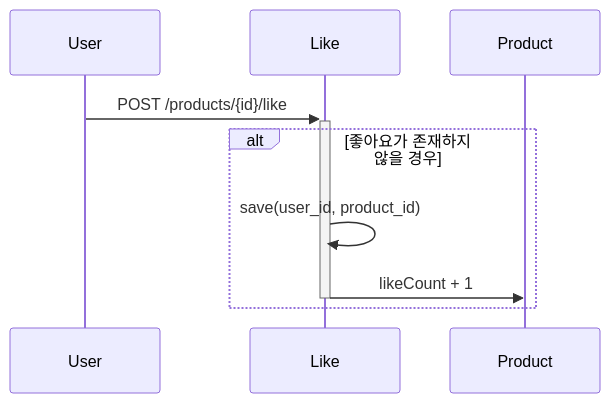
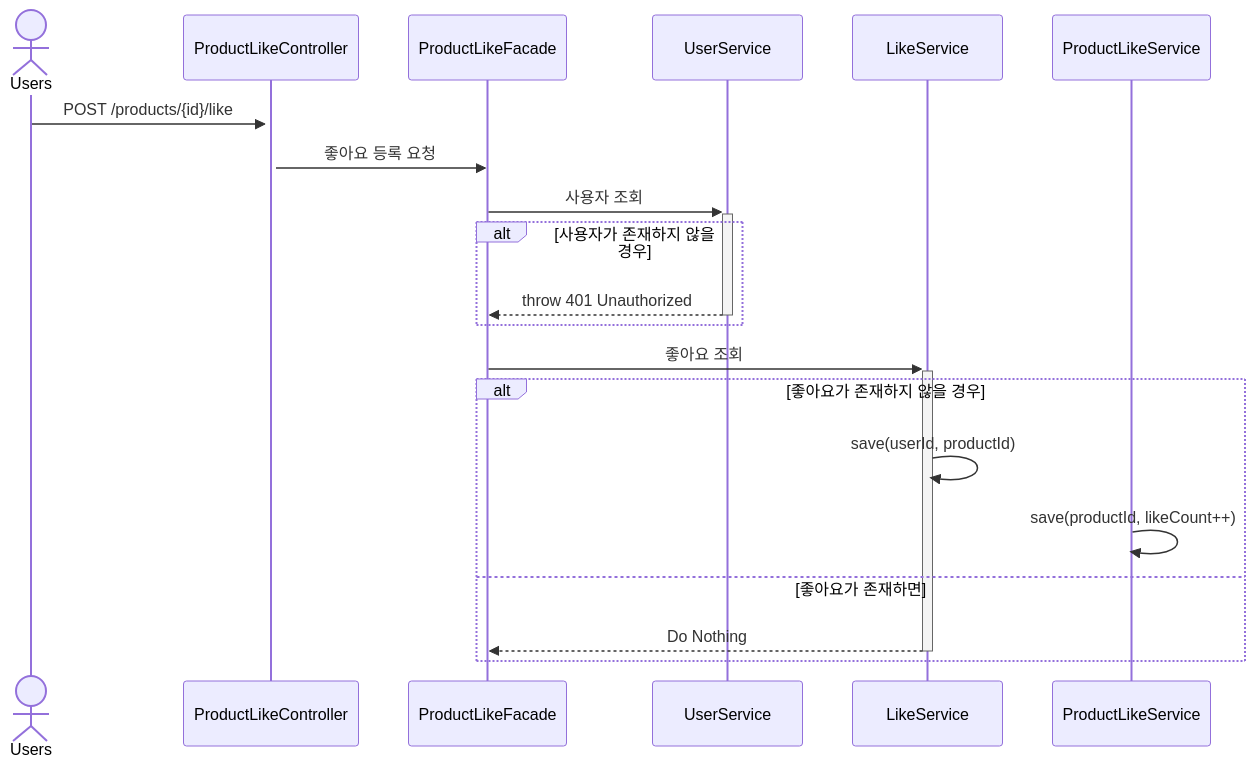
One commit to o3ozzvb/kotlin-ecommerce changed the first of 3 diagrams in docs/design/02-sequence-diagrams.md. Above: the diagram before and after it, drawn with Mermaid. The commit also changed other lines of this file, not shown here.

Commit message:
docs: 좋아요 등록/취소 시퀀스 다이어그램 보완

````diff
--- a/docs/design/02-sequence-diagrams.md
+++ b/docs/design/02-sequence-diagrams.md
@@ -3,13 +3,24 @@
 ```mermaid
 sequenceDiagram
-	participant User
-	participant Like
-	participant Product
+    actor Users
+    participant PLC as ProductLikeController
+    participant PLF as ProductLikeFacade
+    participant US as UserService
+    participant LS as LikeService
+	participant PLS as ProductLikeService
+
+    Users->>+PLC: POST /products/{id}/like
+	PLC->>PLF: 좋아요 등록 요청
+	PLF->>+US: 사용자 조회
+	alt 사용자가 존재하지 않을 경우
+	US-->>-PLF: throw 401 Unauthorized
+	end
 	
-	User->>+Like: POST /products/{id}/like
-	
+	PLF->>+LS: 좋아요 조회  
 	alt 좋아요가 존재하지 않을 경우
-	Like->>Like: save(user_id, product_id)
-	Like->>-Product: likeCount + 1
-end
+	LS->>LS: save(userId, productId)
+	PLS->>PLS: save(productId, likeCount++)
+	else 좋아요가 존재하면
+	LS-->>-PLF: Do Nothing
+	end
 ```
````
